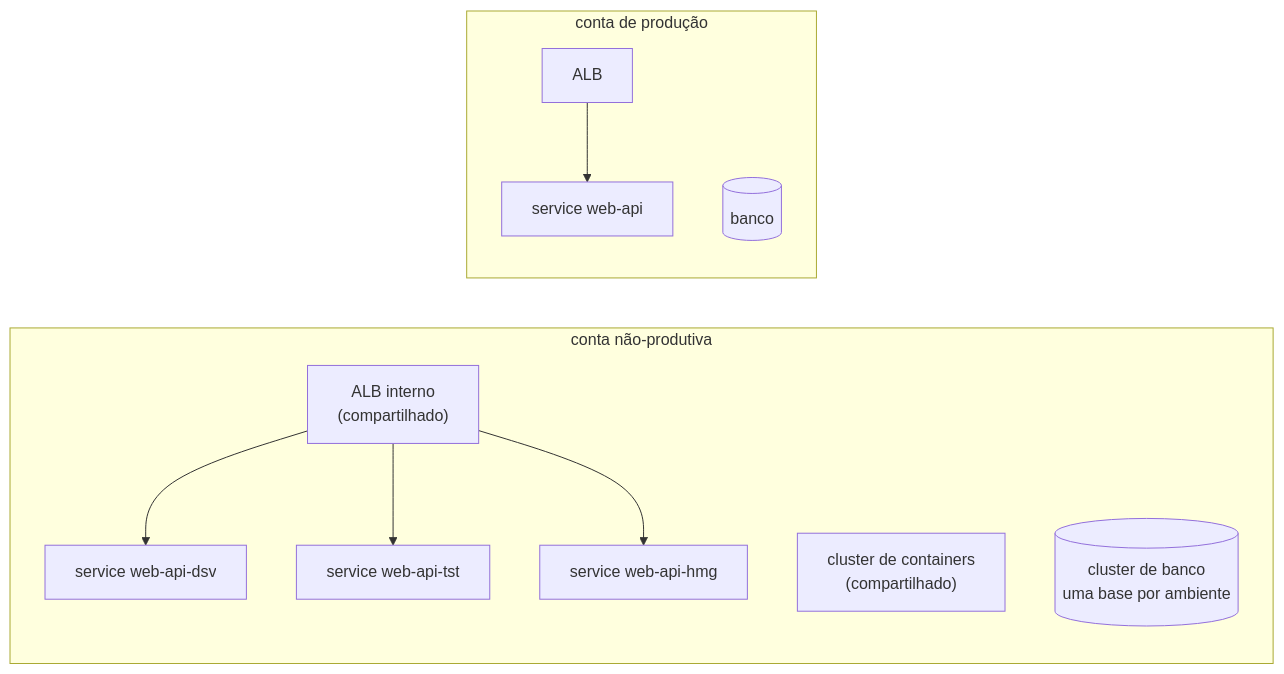
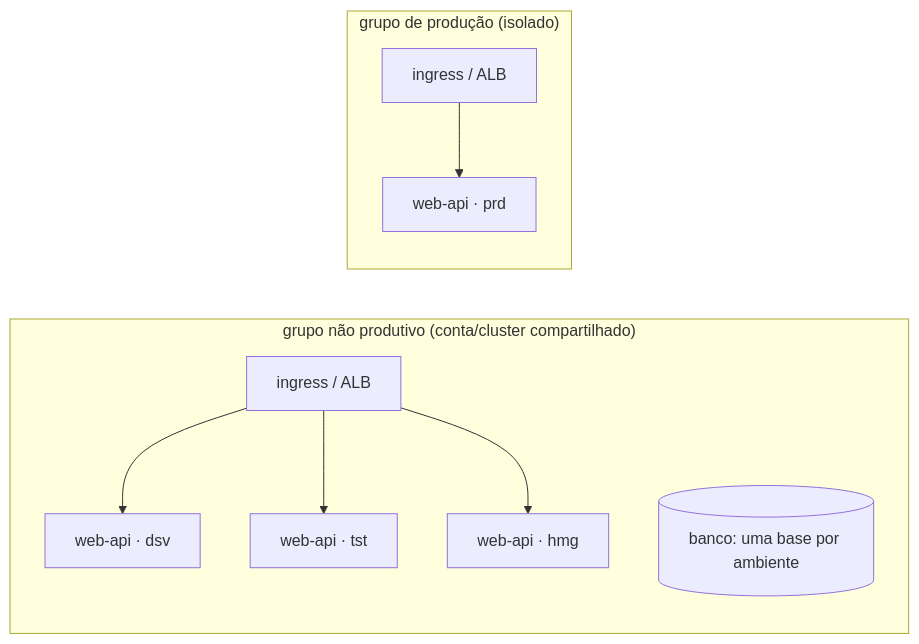
Before and after one commit to diogorochaaraujo/gitflow-devsecops-pipeline: the second of 2 diagrams in docs/01-arquitetura.md, drawn with Mermaid. The commit also changed other lines of this file and 75 other files, not shown here.

````diff
--- a/docs/01-arquitetura.md
+++ b/docs/01-arquitetura.md
@@ -79,12 +63,10 @@
 ```mermaid
 flowchart LR
-  subgraph NPRD["conta não-produtiva"]
-    ALB1["ALB interno<br/>(compartilhado)"] --> T1["service web-api-dsv"] & T2["service web-api-tst"] & T3["service web-api-hmg"]
-    CL1["cluster de containers<br/>(compartilhado)"]
-    DB1[("cluster de banco<br/>uma base por ambiente")]
+  subgraph NPRD["grupo não produtivo (conta/cluster compartilhado)"]
+    I1["ingress / ALB"] --> T1["web-api · dsv"] & T2["web-api · tst"] & T3["web-api · hmg"]
+    DB1[("banco: uma base por ambiente")]
   end
-  subgraph PRD["conta de produção"]
-    ALB2["ALB"] --> T4["service web-api"]
-    DB2[("banco")]
+  subgraph PRD["grupo de produção (isolado)"]
+    I2["ingress / ALB"] --> T4["web-api · prd"]
   end
 ```
````
